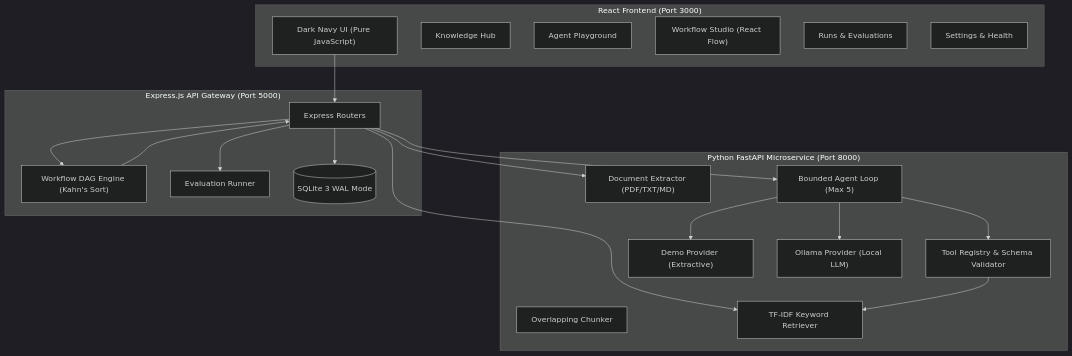
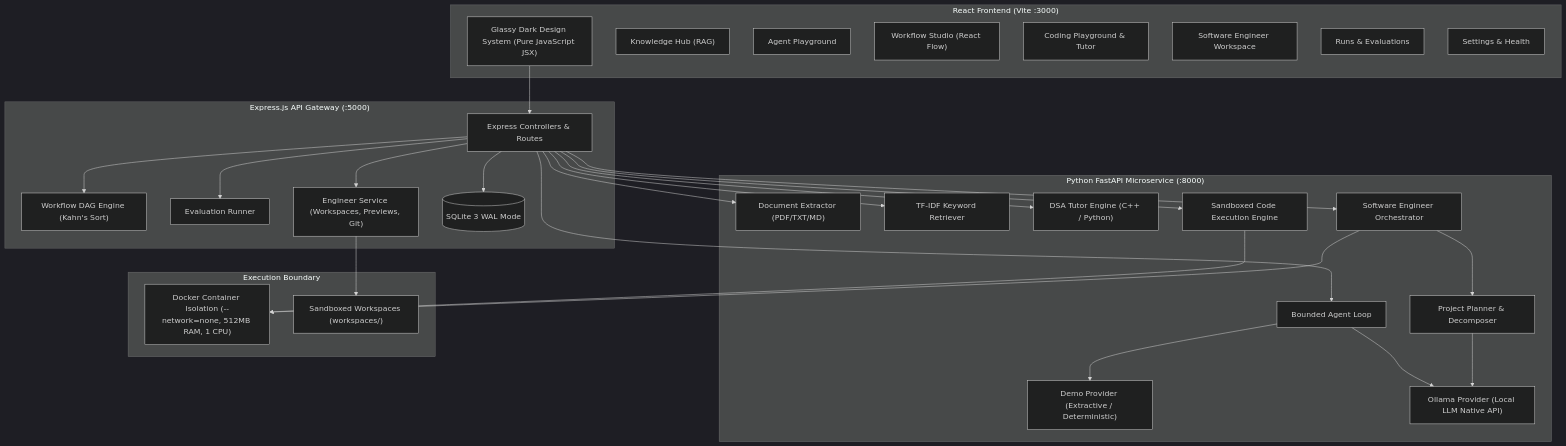
One commit to omkhade75/prototype changed the second of 2 diagrams in README.md. Above: the diagram before and after it, drawn with Mermaid (dark theme). The commit also changed other lines of this file and 51 other files, not shown here.

Commit message:
feat: add Coding Playground, Docker runner, PDF DSA Tutor, and Software Engineer Agent with SQLite & security hardening

````diff
--- a/README.md
+++ b/README.md
@@ -225,41 +291,57 @@
 ```mermaid
 graph TD
-    subgraph Frontend["React Frontend (Port 3000)"]
-        UI["Dark Navy UI (Pure JavaScript)"]
-        KH["Knowledge Hub"]
+    subgraph Frontend["React Frontend (Vite :3000)"]
+        UI["Glassy Dark Design System (Pure JavaScript JSX)"]
+        KH["Knowledge Hub (RAG)"]
         AP["Agent Playground"]
         WS["Workflow Studio (React Flow)"]
+        CP["Coding Playground & Tutor"]
+        SWE["Software Engineer Workspace"]
         RE["Runs & Evaluations"]
         SH["Settings & Health"]
     end
 
-    subgraph Backend["Express.js API Gateway (Port 5000)"]
-        Router["Express Routers"]
+    subgraph Backend["Express.js API Gateway (:5000)"]
+        Router["Express Controllers & Routes"]
         WFE["Workflow DAG Engine (Kahn's Sort)"]
         EVAL["Evaluation Runner"]
+        SE_SVC["Engineer Service (Workspaces, Previews, Git)"]
         DB[(SQLite 3 WAL Mode)]
     end
 
-    subgraph AIService["Python FastAPI Microservice (Port 8000)"]
+    subgraph AIService["Python FastAPI Microservice (:8000)"]
         Ext["Document Extractor (PDF/TXT/MD)"]
-        Chunk["Overlapping Chunker"]
         TFIDF["TF-IDF Keyword Retriever"]
-        Agent["Bounded Agent Loop (Max 5)"]
-        Tools["Tool Registry & Schema Validator"]
-        DemoProv["Demo Provider (Extractive)"]
-        OllamaProv["Ollama Provider (Local LLM)"]
+        Agent["Bounded Agent Loop"]
+        CodingTutor["DSA Tutor Engine (C++ / Python)"]
+        CodeRunner["Sandboxed Code Execution Engine"]
+        SweAgent["Software Engineer Orchestrator"]
+        Planner["Project Planner & Decomposer"]
+        DemoProv["Demo Provider (Extractive / Deterministic)"]
+        OllamaProv["Ollama Provider (Local LLM Native API)"]
+    end
+
+    subgraph Sandbox["Execution Boundary"]
+        DockerBox["Docker Container Isolation (--network=none, 512MB RAM, 1 CPU)"]
+        Workspaces["Sandboxed Workspaces (workspaces/<project-id>)"]
     end
 
     UI --> Router
     Router --> WFE
     Router --> EVAL
+    Router --> SE_SVC
     Router --> DB
-    WFE --> Router
+    SE_SVC --> Workspaces
     Router --> Ext
     Router --> TFIDF
     Router --> Agent
-    Agent --> Tools
-    Tools --> TFIDF
+    Router --> CodingTutor
+    Router --> CodeRunner
+    Router --> SweAgent
+    CodeRunner --> DockerBox
+    SweAgent --> Planner
+    SweAgent --> DockerBox
     Agent --> DemoProv
     Agent --> OllamaProv
+    Planner --> OllamaProv
 ```
````
